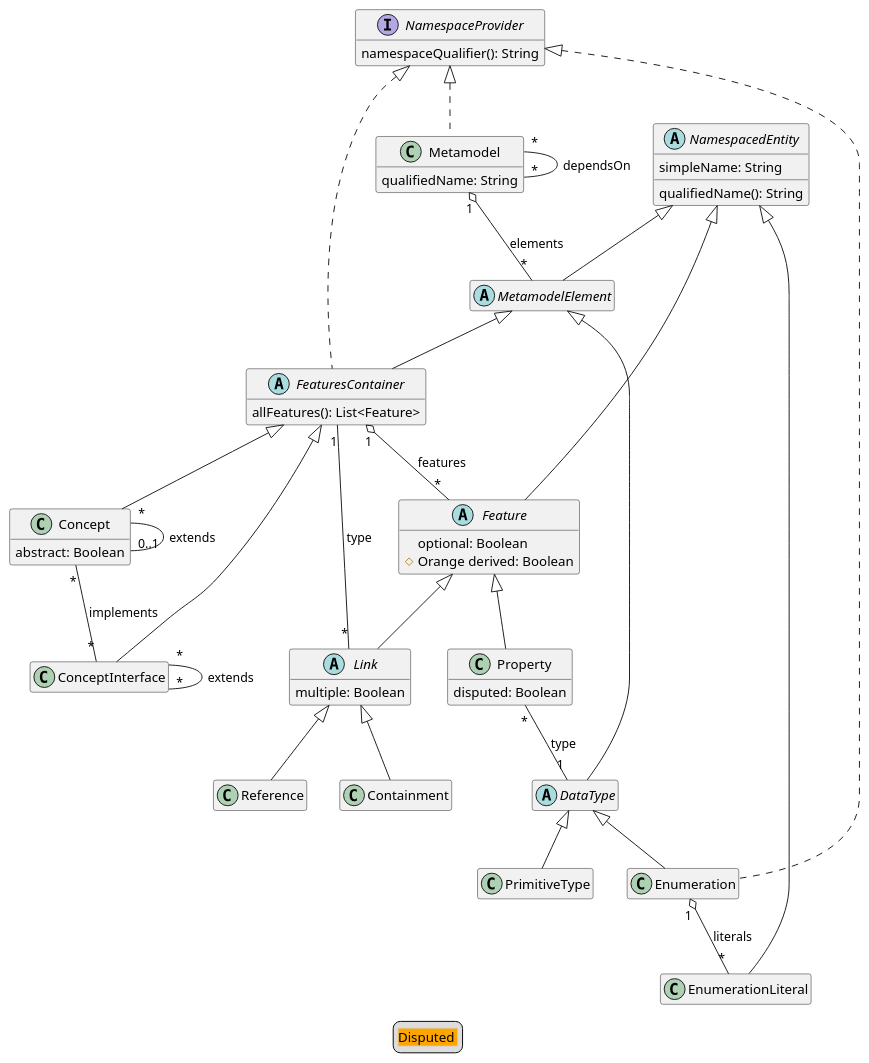
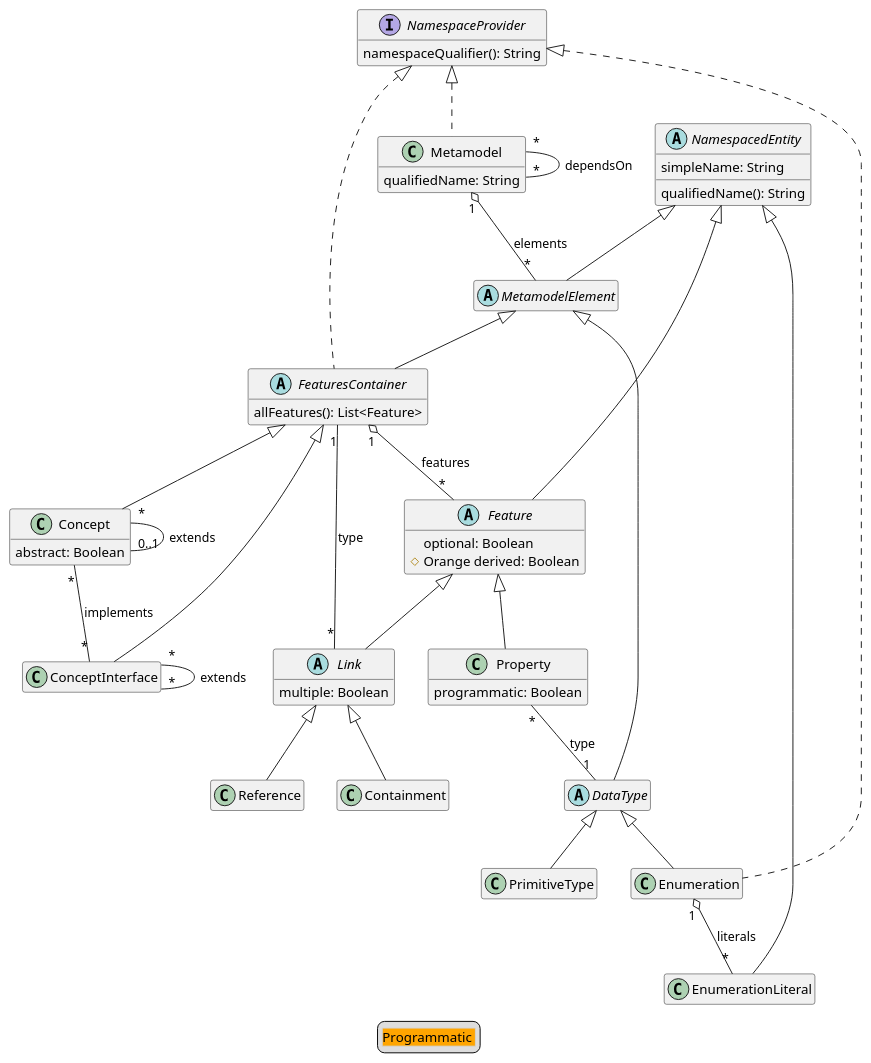
The diagram in diagrams/metametamodel-gen.puml (LionWeb-io/lionweb-typescript), drawn with PlantUML before and after one commit. The commit also changed 10 other files, not shown here.

```diff
--- a/diagrams/metametamodel-gen.puml
+++ b/diagrams/metametamodel-gen.puml
@@ -1,83 +1,83 @@
 @startuml
 hide empty members
 
 ' qualified name: "LIonCore.M3"
 
 
 class Concept extends FeaturesContainer {
   abstract: Boolean
 }
 
 class ConceptInterface extends FeaturesContainer
 
 class Containment extends Link
 
 abstract class DataType extends MetamodelElement
 
 class Enumeration extends DataType implements NamespaceProvider
 
 class EnumerationLiteral extends NamespacedEntity
 
 abstract class Feature extends NamespacedEntity {
   optional: Boolean
   #Orange derived: Boolean
 }
 
 abstract class FeaturesContainer extends MetamodelElement implements NamespaceProvider {
   allFeatures(): List<Feature>
 }
 
 abstract class Link extends Feature {
   multiple: Boolean
 }
 
 class Metamodel implements NamespaceProvider {
   qualifiedName: String
 }
 
 abstract class MetamodelElement extends NamespacedEntity
 
 interface NamespaceProvider {
   namespaceQualifier(): String
 }
 
 abstract class NamespacedEntity {
   simpleName: String
   qualifiedName(): String
 }
 
 class PrimitiveType extends DataType
 
 class Property extends Feature {
-  disputed: Boolean
+  programmatic: Boolean
 }
 
 class Reference extends Link
 
 
 
 ' relations:
 
 Concept "*" -- "0..1" Concept: extends
 Concept "*" -- "*" ConceptInterface: implements
 ConceptInterface "*" -- "*" ConceptInterface: extends
 
 
 Enumeration "1" o-- "*" EnumerationLiteral: literals
 
 
 FeaturesContainer "1" o-- "*" Feature: features
 Link "*" -- "1" FeaturesContainer: type
 Metamodel "1" o-- "*" MetamodelElement: elements
 Metamodel "*" -- "*" Metamodel: dependsOn
 
 
 
 
 Property "*" -- "1" DataType: type
 
 
 legend
-  <#LightGray,#LightGray>| <#Orange>Disputed |
+  <#LightGray,#LightGray>| <#Orange>Programmatic |
 end legend
 @enduml
```
